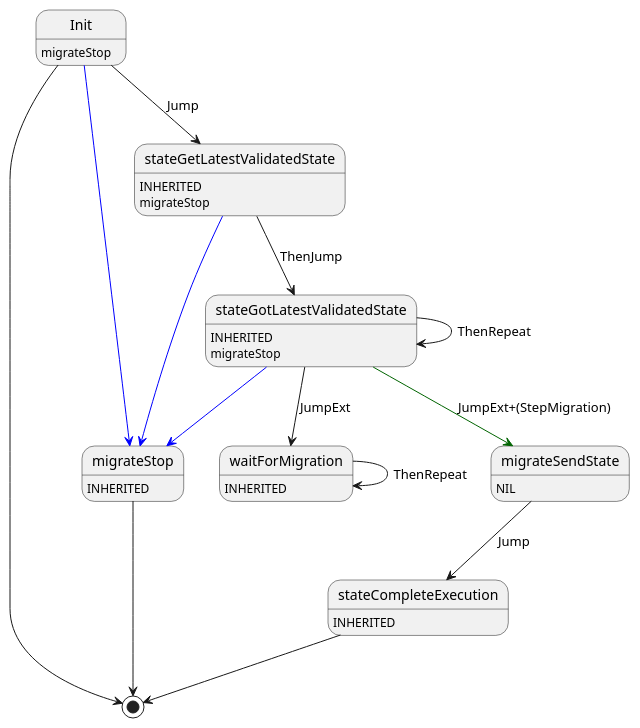
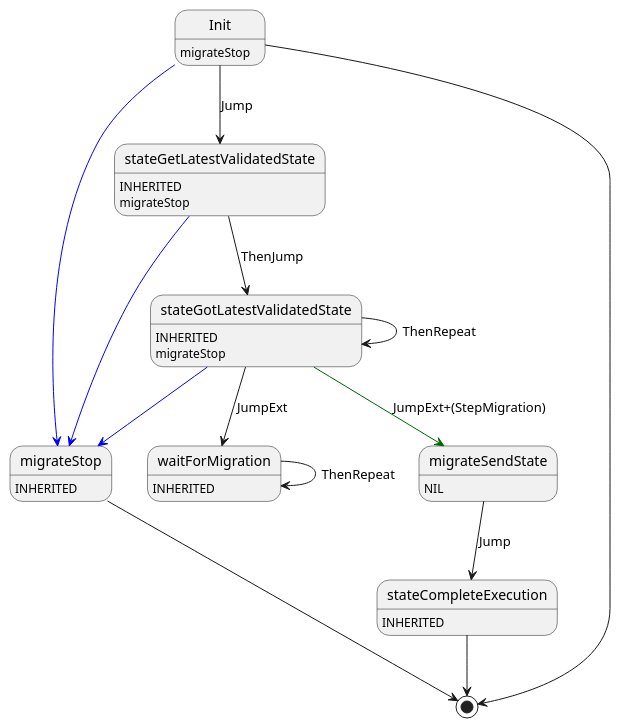
The diagram in ledger-core/conveyor/smachine/main/example/sm_vm_object.plantuml (insolar/assured-ledger), drawn with PlantUML before and after one commit. The commit also changed other lines of this file and 10 other files, not shown here.

```diff
--- a/ledger-core/conveyor/smachine/main/example/sm_vm_object.plantuml
+++ b/ledger-core/conveyor/smachine/main/example/sm_vm_object.plantuml
@@ -1,24 +1,24 @@
 @startuml
 Init : migrateStop
 Init -[#blue]-> migrateStop
+Init --> stateGetLatestValidatedState : Jump
 Init --> [*]
-Init --> stateGetLatestValidatedState : Jump
 migrateStop : INHERITED
 migrateStop --> [*]
 stateGetLatestValidatedState : INHERITED
 stateGetLatestValidatedState : migrateStop
 stateGetLatestValidatedState -[#blue]-> migrateStop
 stateGetLatestValidatedState --> stateGotLatestValidatedState : ThenJump
 stateGotLatestValidatedState : INHERITED
 stateGotLatestValidatedState : migrateStop
 stateGotLatestValidatedState -[#blue]-> migrateStop
-stateGotLatestValidatedState --> stateGotLatestValidatedState : ThenRepeat
 stateGotLatestValidatedState --> waitForMigration : JumpExt
 stateGotLatestValidatedState -[#DarkGreen]-> migrateSendState : JumpExt+(StepMigration)
+stateGotLatestValidatedState --> stateGotLatestValidatedState : ThenRepeat
 waitForMigration : INHERITED
 waitForMigration --> waitForMigration : ThenRepeat
 migrateSendState : NIL
 migrateSendState --> stateCompleteExecution : Jump
 stateCompleteExecution : INHERITED
 stateCompleteExecution --> [*]
 @enduml
```
